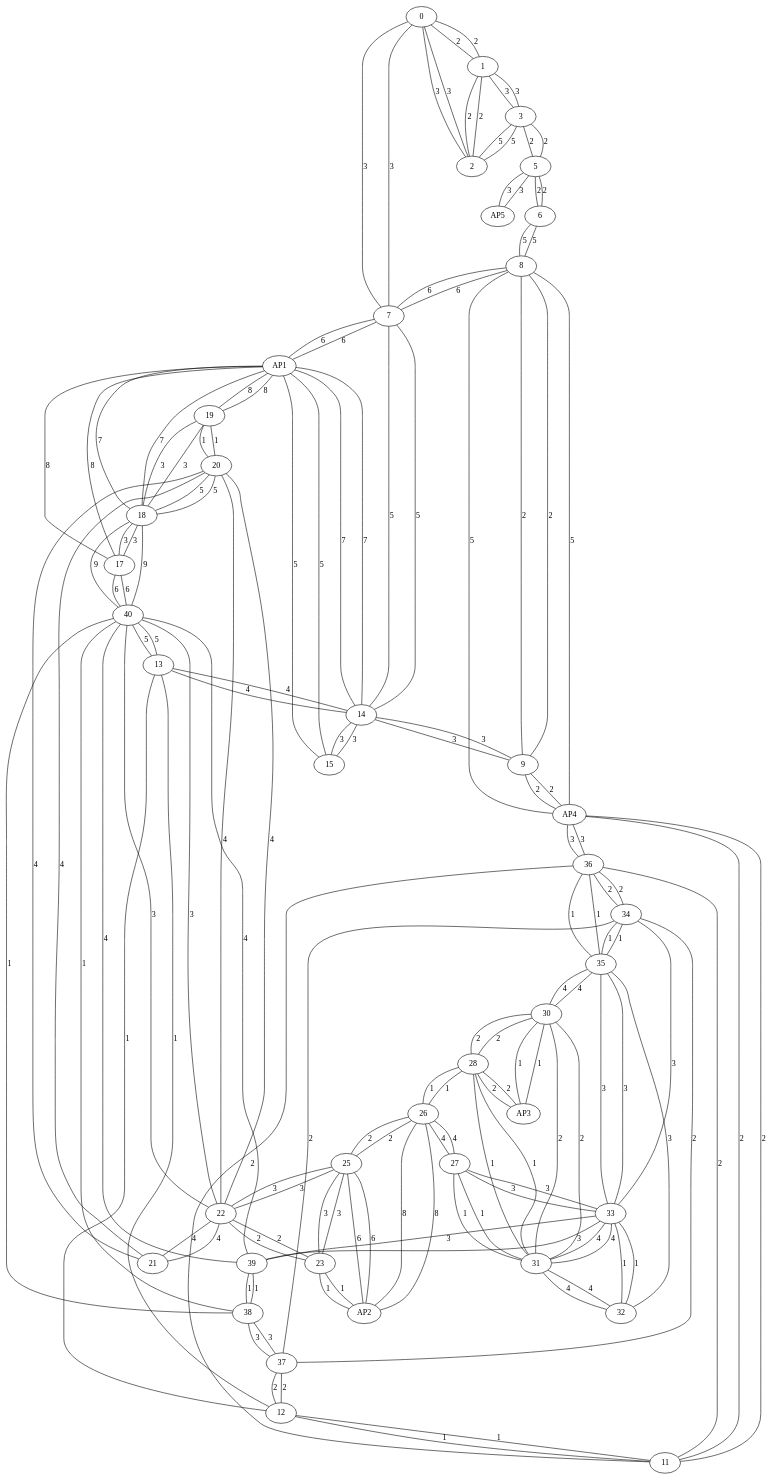
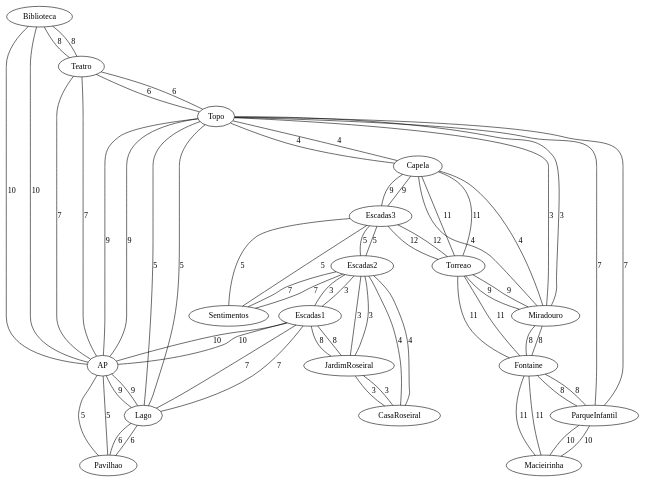
Before and after one commit to francisc-o-liveira/lei-24-s2-1dp-g163: the diagram in graphinput.dot, drawn with Graphviz. The commit also changed 65 other files, not shown here.

```diff
--- a/graphinput.dot
+++ b/graphinput.dot
@@ -1,146 +1,66 @@
 graph US13 {
-﻿0 -- 1 [label="2"];
-﻿0 -- 2 [label="3"];
-﻿0 -- 7 [label="3"];
-1 -- ﻿0 [label="2"];
-1 -- 2 [label="2"];
-1 -- 3 [label="3"];
-2 -- ﻿0 [label="3"];
-2 -- 1 [label="2"];
-2 -- 3 [label="5"];
-3 -- 1 [label="3"];
-3 -- 2 [label="5"];
-3 -- 5 [label="2"];
-AP5 -- 5 [label="3"];
-5 -- 3 [label="2"];
-5 -- AP5 [label="3"];
-5 -- 6 [label="2"];
-6 -- 5 [label="2"];
-6 -- 8 [label="5"];
-7 -- ﻿0 [label="3"];
-7 -- 8 [label="6"];
-7 -- 14 [label="5"];
-7 -- AP1 [label="6"];
-8 -- 6 [label="5"];
-8 -- 7 [label="6"];
-8 -- 9 [label="2"];
-8 -- AP4 [label="5"];
-9 -- 8 [label="2"];
-9 -- AP4 [label="2"];
-9 -- 14 [label="3"];
-AP4 -- 8 [label="5"];
-AP4 -- 9 [label="2"];
-AP4 -- 11 [label="2"];
-AP4 -- 36 [label="3"];
-11 -- AP4 [label="2"];
-11 -- 12 [label="1"];
-11 -- 36 [label="2"];
-12 -- 11 [label="1"];
-12 -- 13 [label="1"];
-12 -- 37 [label="2"];
-13 -- 12 [label="1"];
-13 -- 14 [label="4"];
-13 -- 40 [label="5"];
-14 -- 7 [label="5"];
-14 -- 9 [label="3"];
-14 -- 13 [label="4"];
-14 -- 15 [label="3"];
-14 -- AP1 [label="7"];
-15 -- 14 [label="3"];
-15 -- AP1 [label="5"];
-AP1 -- 7 [label="6"];
-AP1 -- 14 [label="7"];
-AP1 -- 15 [label="5"];
-AP1 -- 17 [label="8"];
-AP1 -- 18 [label="7"];
-AP1 -- 19 [label="8"];
-17 -- AP1 [label="8"];
-17 -- 18 [label="3"];
-17 -- 40 [label="6"];
-18 -- AP1 [label="7"];
-18 -- 17 [label="3"];
-18 -- 19 [label="3"];
-18 -- 20 [label="5"];
-18 -- 40 [label="9"];
-19 -- AP1 [label="8"];
-19 -- 18 [label="3"];
-19 -- 20 [label="1"];
-20 -- 18 [label="5"];
-20 -- 19 [label="1"];
-20 -- 21 [label="4"];
-20 -- 22 [label="4"];
-21 -- 20 [label="4"];
-21 -- 22 [label="4"];
-22 -- 20 [label="4"];
-22 -- 21 [label="4"];
-22 -- 23 [label="2"];
-22 -- 25 [label="3"];
-22 -- 40 [label="3"];
-23 -- 22 [label="2"];
-23 -- AP2 [label="1"];
-23 -- 25 [label="3"];
-AP2 -- 23 [label="1"];
-AP2 -- 25 [label="6"];
-AP2 -- 26 [label="8"];
-25 -- 22 [label="3"];
-25 -- 23 [label="3"];
-25 -- AP2 [label="6"];
-25 -- 26 [label="2"];
-26 -- AP2 [label="8"];
-26 -- 25 [label="2"];
-26 -- 27 [label="4"];
-26 -- 28 [label="1"];
-27 -- 26 [label="4"];
-27 -- 31 [label="1"];
-27 -- 33 [label="3"];
-28 -- 26 [label="1"];
-28 -- AP3 [label="2"];
-28 -- 30 [label="2"];
-28 -- 31 [label="1"];
-AP3 -- 28 [label="2"];
-AP3 -- 30 [label="1"];
-30 -- 28 [label="2"];
-30 -- AP3 [label="1"];
-30 -- 31 [label="2"];
-30 -- 35 [label="4"];
-31 -- 27 [label="1"];
-31 -- 28 [label="1"];
-31 -- 30 [label="2"];
-31 -- 32 [label="4"];
-31 -- 33 [label="4"];
-32 -- 31 [label="4"];
-32 -- 33 [label="1"];
-32 -- 35 [label="3"];
-33 -- 27 [label="3"];
-33 -- 31 [label="4"];
-33 -- 32 [label="1"];
-33 -- 35 [label="3"];
-33 -- 39 [label="3"];
-34 -- 33 [label="3"];
-34 -- 35 [label="1"];
-34 -- 36 [label="2"];
-34 -- 37 [label="2"];
-35 -- 30 [label="4"];
-35 -- 33 [label="3"];
-35 -- 34 [label="1"];
-35 -- 36 [label="1"];
-36 -- AP4 [label="3"];
-36 -- 11 [label="2"];
-36 -- 34 [label="2"];
-36 -- 35 [label="1"];
-37 -- 12 [label="2"];
-37 -- 34 [label="2"];
-37 -- 38 [label="3"];
-38 -- 37 [label="3"];
-38 -- 39 [label="1"];
-38 -- 40 [label="1"];
-39 -- 33 [label="3"];
-39 -- 38 [label="1"];
-39 -- 40 [label="4"];
-40 -- 13 [label="5"];
-40 -- 17 [label="6"];
-40 -- 18 [label="9"];
-40 -- 22 [label="3"];
-40 -- 38 [label="1"];
-40 -- 39 [label="4"];
+﻿Biblioteca -- Teatro [label="8"];
+﻿Biblioteca -- AP [label="10"];
+Teatro -- ﻿Biblioteca [label="8"];
+Teatro -- AP [label="7"];
+Teatro -- Topo [label="6"];
+AP -- ﻿Biblioteca [label="10"];
+AP -- Teatro [label="7"];
+AP -- Pavilhao [label="5"];
+AP -- Topo [label="9"];
+AP -- Lago [label="9"];
+AP -- Escadas1 [label="10"];
+Pavilhao -- AP [label="5"];
+Pavilhao -- Lago [label="6"];
+Topo -- Teatro [label="6"];
+Topo -- AP [label="9"];
+Topo -- ParqueInfantil [label="7"];
+Topo -- Miradouro [label="3"];
+Topo -- Capela [label="4"];
+Topo -- Lago [label="5"];
+ParqueInfantil -- Topo [label="7"];
+ParqueInfantil -- Macieirinha [label="10"];
+ParqueInfantil -- Fontaine [label="8"];
+Macieirinha -- ParqueInfantil [label="10"];
+Macieirinha -- Fontaine [label="11"];
+Fontaine -- ParqueInfantil [label="8"];
+Fontaine -- Macieirinha [label="11"];
+Fontaine -- Miradouro [label="8"];
+Fontaine -- Torreao [label="11"];
+Miradouro -- Topo [label="3"];
+Miradouro -- Fontaine [label="8"];
+Miradouro -- Capela [label="4"];
+Miradouro -- Torreao [label="9"];
+Capela -- Topo [label="4"];
+Capela -- Miradouro [label="4"];
+Capela -- Torreao [label="11"];
+Capela -- Escadas3 [label="9"];
+Torreao -- Fontaine [label="11"];
+Torreao -- Miradouro [label="9"];
+Torreao -- Capela [label="11"];
+Torreao -- Escadas3 [label="12"];
+Lago -- AP [label="9"];
+Lago -- Pavilhao [label="6"];
+Lago -- Topo [label="5"];
+Lago -- Escadas1 [label="7"];
+Escadas3 -- Capela [label="9"];
+Escadas3 -- Torreao [label="12"];
+Escadas3 -- Sentimentos [label="5"];
+Escadas3 -- Escadas2 [label="5"];
+Sentimentos -- Escadas3 [label="5"];
+Sentimentos -- Escadas2 [label="7"];
+CasaRoseiral -- JardimRoseiral [label="3"];
+CasaRoseiral -- Escadas2 [label="4"];
+JardimRoseiral -- CasaRoseiral [label="3"];
+JardimRoseiral -- Escadas2 [label="3"];
+JardimRoseiral -- Escadas1 [label="8"];
+Escadas2 -- Escadas3 [label="5"];
+Escadas2 -- Sentimentos [label="7"];
+Escadas2 -- CasaRoseiral [label="4"];
+Escadas2 -- JardimRoseiral [label="3"];
+Escadas2 -- Escadas1 [label="3"];
+Escadas1 -- AP [label="10"];
+Escadas1 -- Lago [label="7"];
+Escadas1 -- JardimRoseiral [label="8"];
+Escadas1 -- Escadas2 [label="3"];
 }
```
